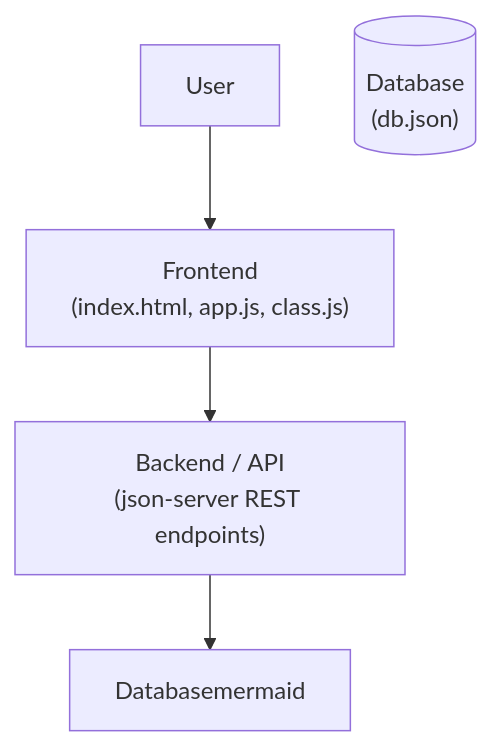
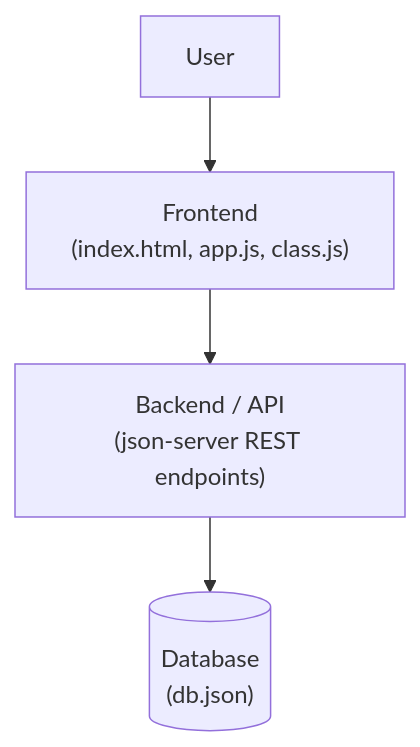
One commit to ForkedArch/Forkathon2026-Team-KUET_NextCoders changed the first of 2 diagrams in README.md. Above: the diagram before and after it, drawn with Mermaid. The commit also changed other lines of this file, not shown here.

Commit message:
Fix typo in README.md for database reference

````diff
--- a/README.md
+++ b/README.md
@@ -97,11 +97,11 @@
 ```mermaid
 flowchart TD
     User[User]
     Frontend["Frontend<br/>(index.html, app.js, class.js)"]
     Backend["Backend / API<br/>(json-server REST endpoints)"]
     Database[("Database<br/>(db.json)")]
 
     User --> Frontend
     Frontend --> Backend
-    Backend --> Databasemermaid
+    Backend --> Database
 ```
````
